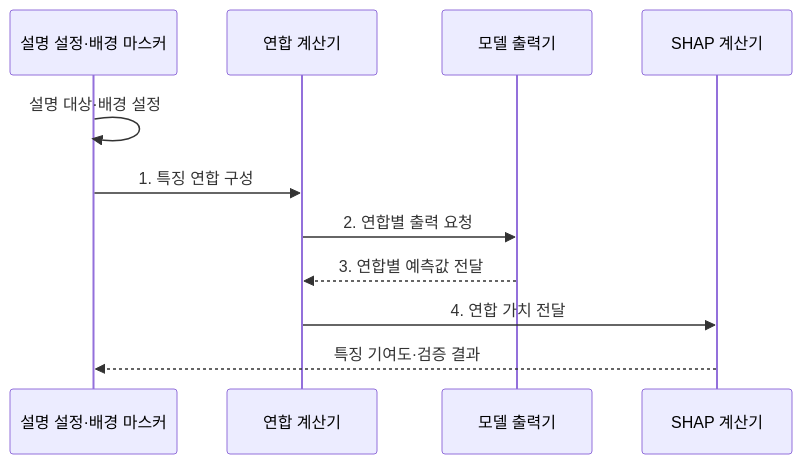
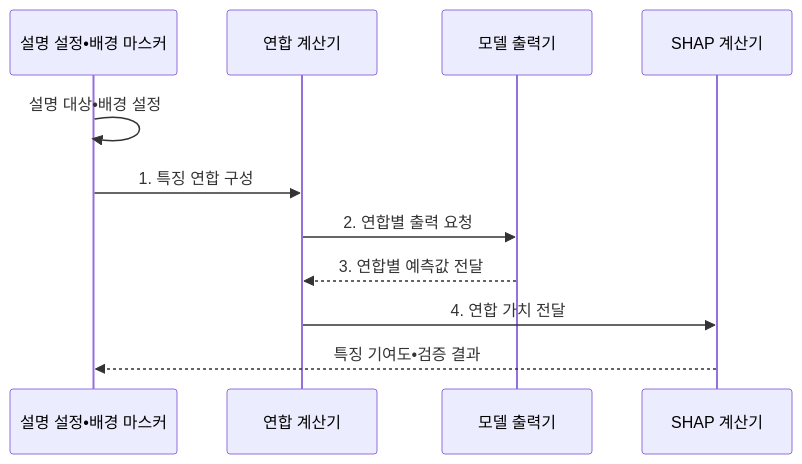
One commit to agnusdei1207/knowledge-base changed the second of 2 diagrams in src/content/docs/notes/08-latest-tech/106_shap.md. Above: the diagram before and after it, drawn with Mermaid. The commit also changed other lines of this file and 953 other files, not shown here.

````diff
--- a/src/content/docs/notes/08-latest-tech/106_shap.md
+++ b/src/content/docs/notes/08-latest-tech/106_shap.md
@@ -109,13 +109,13 @@
 ```mermaid
 sequenceDiagram
-    participant B as 설명 설정·배경 마스커
+    participant B as 설명 설정•배경 마스커
     participant C as 연합 계산기
     participant M as 모델 출력기
     participant S as SHAP 계산기
-    B->>B: 설명 대상·배경 설정
+    B->>B: 설명 대상•배경 설정
     B->>C: 1. 특징 연합 구성
     C->>M: 2. 연합별 출력 요청
     M-->>C: 3. 연합별 예측값 전달
     C->>S: 4. 연합 가치 전달
-    S-->>B: 특징 기여도·검증 결과
+    S-->>B: 특징 기여도•검증 결과
 ```
````
